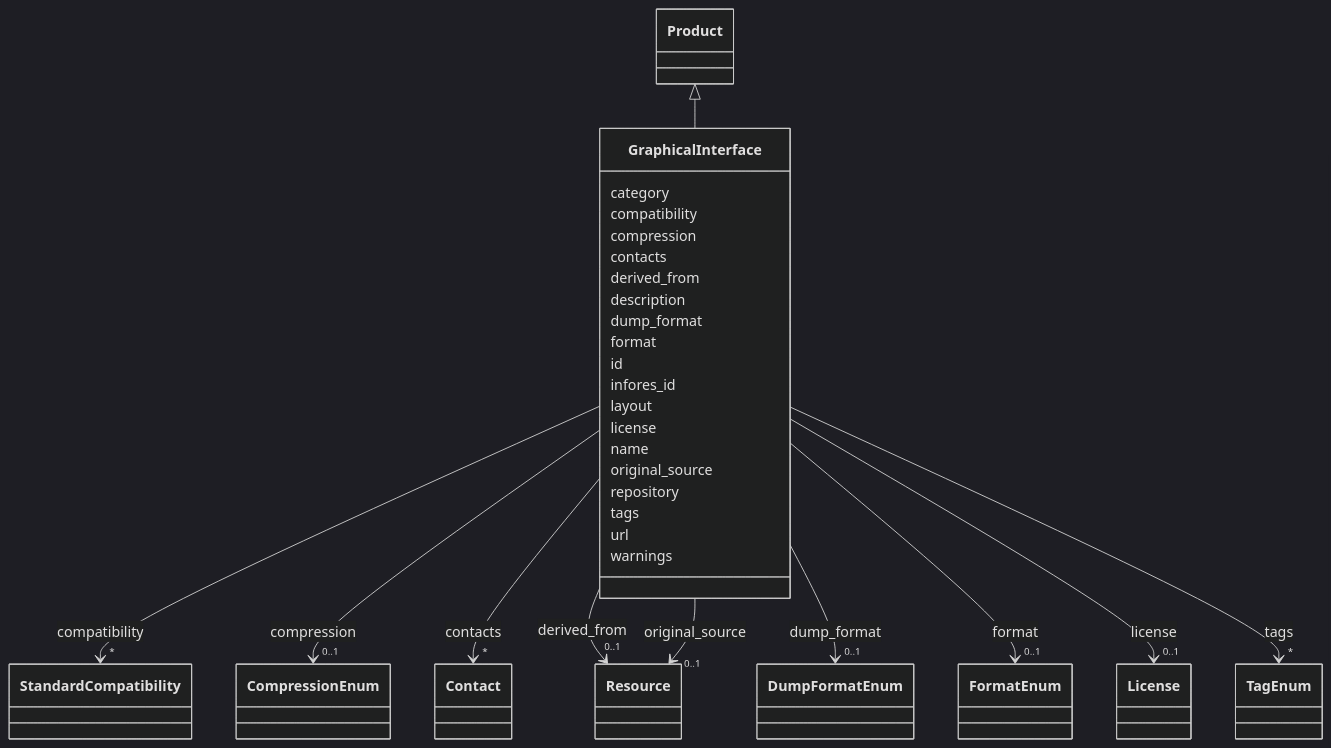
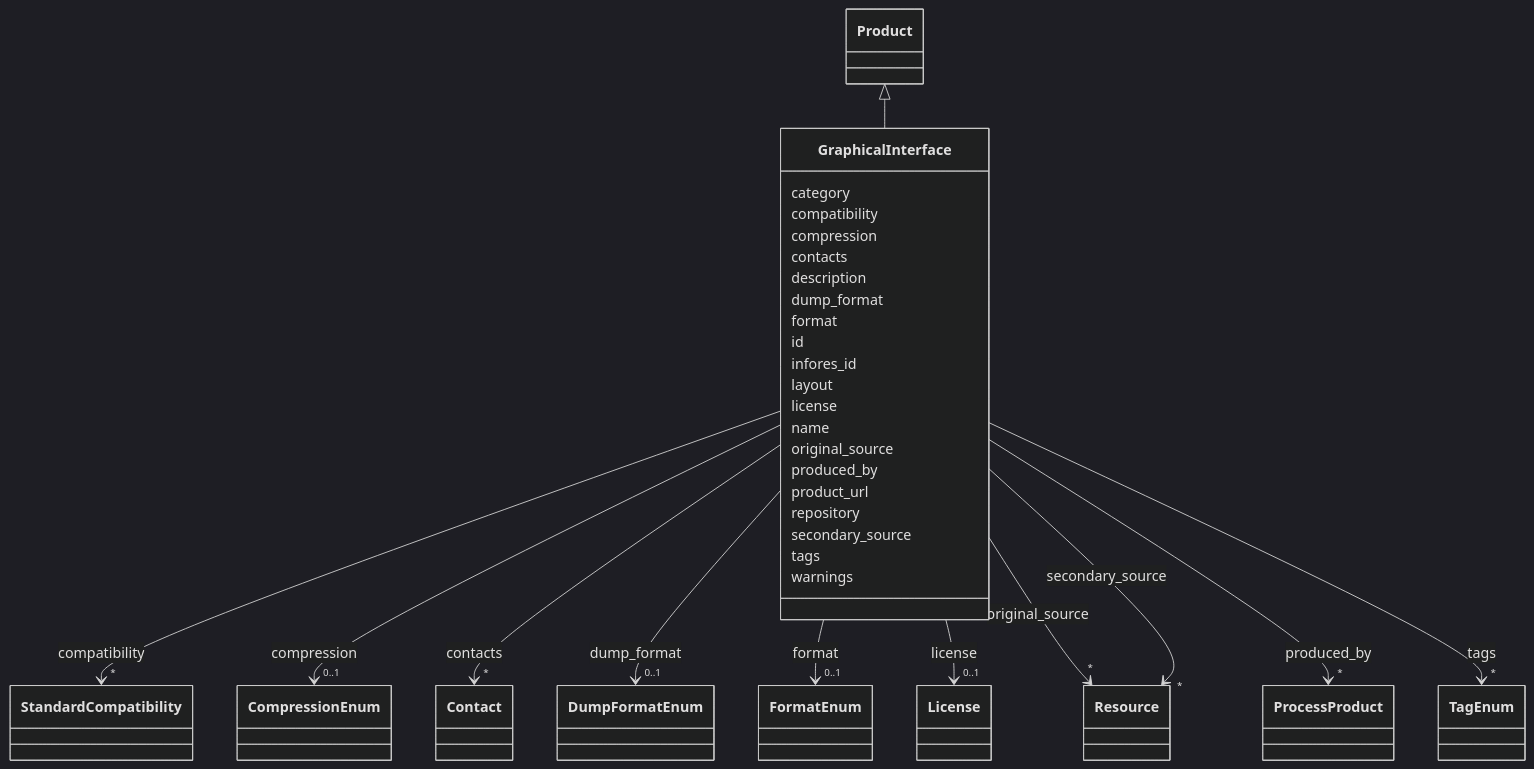
Before and after one commit to Knowledge-Graph-Hub/kg-registry: the diagram in docs/schema/GraphicalInterface.md, drawn with Mermaid (dark theme). The commit also changed other lines of this file and 56 other files, not shown here.

```diff
--- a/docs/schema/GraphicalInterface.md
+++ b/docs/schema/GraphicalInterface.md
@@ -55,15 +55,6 @@
     
     GraphicalInterface --> "*" Contact : contacts
     click Contact href "Contact.html"
-
-        
-      GraphicalInterface : derived_from
-        
-          
-    
-    
-    GraphicalInterface --> "0..1" Resource : derived_from
-    click Resource href "Resource.html"
 
         
       GraphicalInterface : description
@@ -108,11 +99,31 @@
           
     
     
-    GraphicalInterface --> "0..1" Resource : original_source
+    GraphicalInterface --> "*" Resource : original_source
     click Resource href "Resource.html"
 
         
+      GraphicalInterface : produced_by
+        
+          
+    
+    
+    GraphicalInterface --> "*" ProcessProduct : produced_by
+    click ProcessProduct href "ProcessProduct.html"
+
+        
+      GraphicalInterface : product_url
+        
       GraphicalInterface : repository
+        
+      GraphicalInterface : secondary_source
+        
+          
+    
+    
+    GraphicalInterface --> "*" Resource : secondary_source
+    click Resource href "Resource.html"
+
         
       GraphicalInterface : tags
         
@@ -123,8 +134,6 @@
     click TagEnum href "TagEnum.html"
 
         
-      GraphicalInterface : url
-        
       GraphicalInterface : warnings
         
       
```
